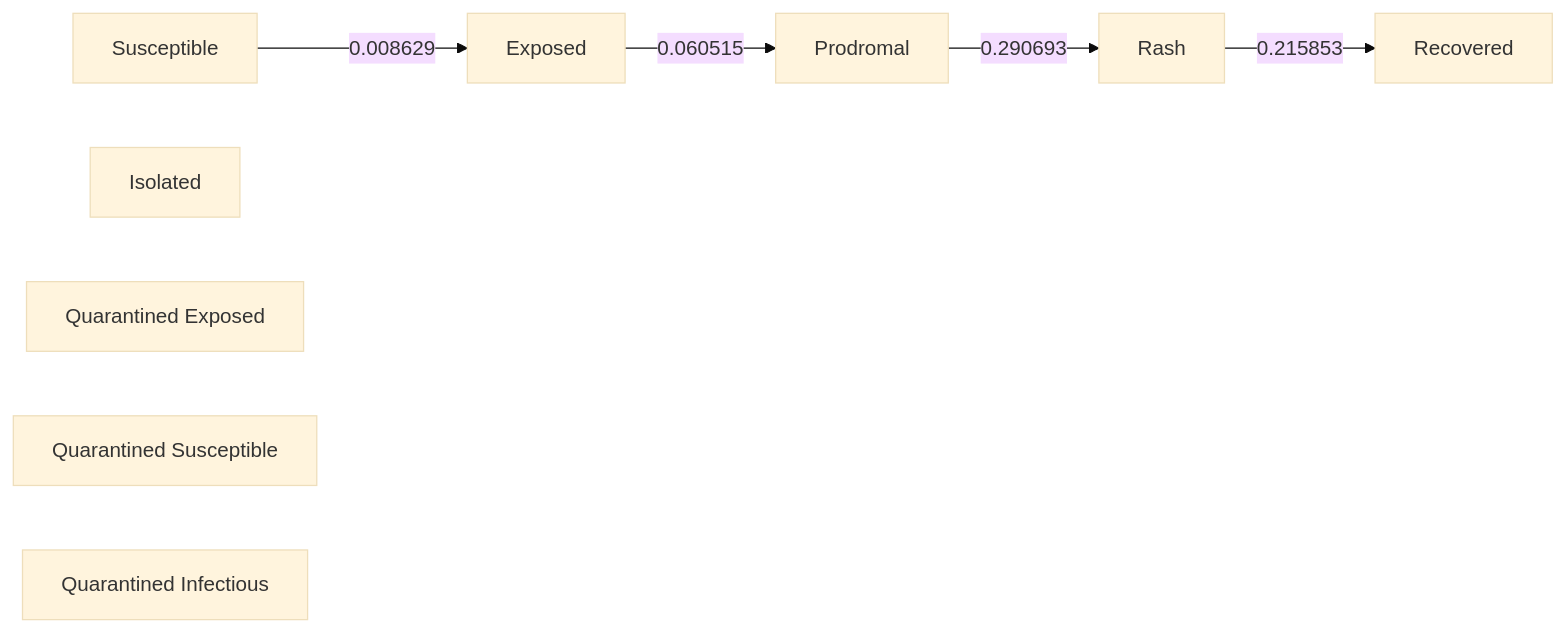
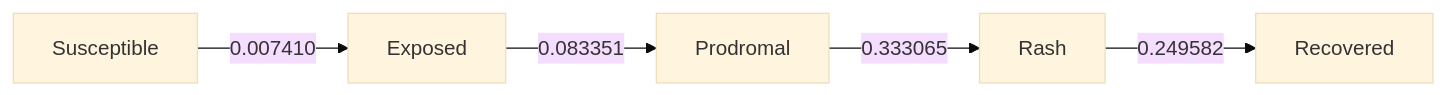
The diagram in school_quarantine/canyon_grove_58.md (EpiForeSITE/epiworld-measles), drawn with Mermaid (base theme) before and after one commit. The commit also changed other lines of this file and 10 other files, not shown here.

Commit message:
New version of epiworld: draws diagrams f(all simulations)

````diff
--- a/school_quarantine/canyon_grove_58.md
+++ b/school_quarantine/canyon_grove_58.md
@@ -138,17 +138,13 @@
 ``` mermaid
 flowchart LR
-    s0[Susceptible]
-    s1[Exposed]
-    s2[Prodromal]
-    s3[Rash]
-    s4[Isolated]
-    s5[Quarantined Exposed]
-    s6[Quarantined Susceptible]
-    s7[Quarantined Infectious]
-    s8[Recovered]
-    s0 -->|0.008629| s1
-    s1 -->|0.060515| s2
-    s2 -->|0.290693| s3
-    s3 -->|0.215853| s8
+    s0[Exposed]
+    s1[Prodromal]
+    s2[Rash]
+    s3[Recovered]
+    s4[Susceptible]
+    s0 -->|0.083351| s1
+    s1 -->|0.333065| s2
+    s2 -->|0.249582| s3
+    s4 -->|0.007410| s0
 
 ```
````
